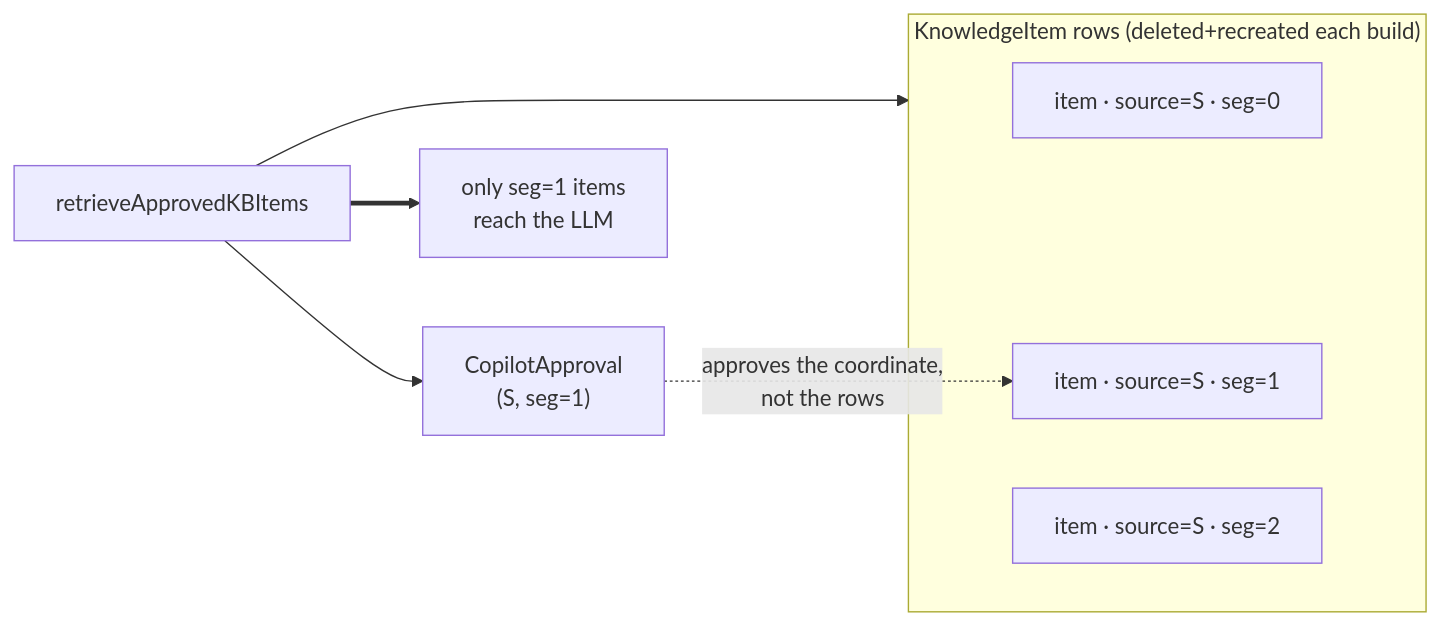
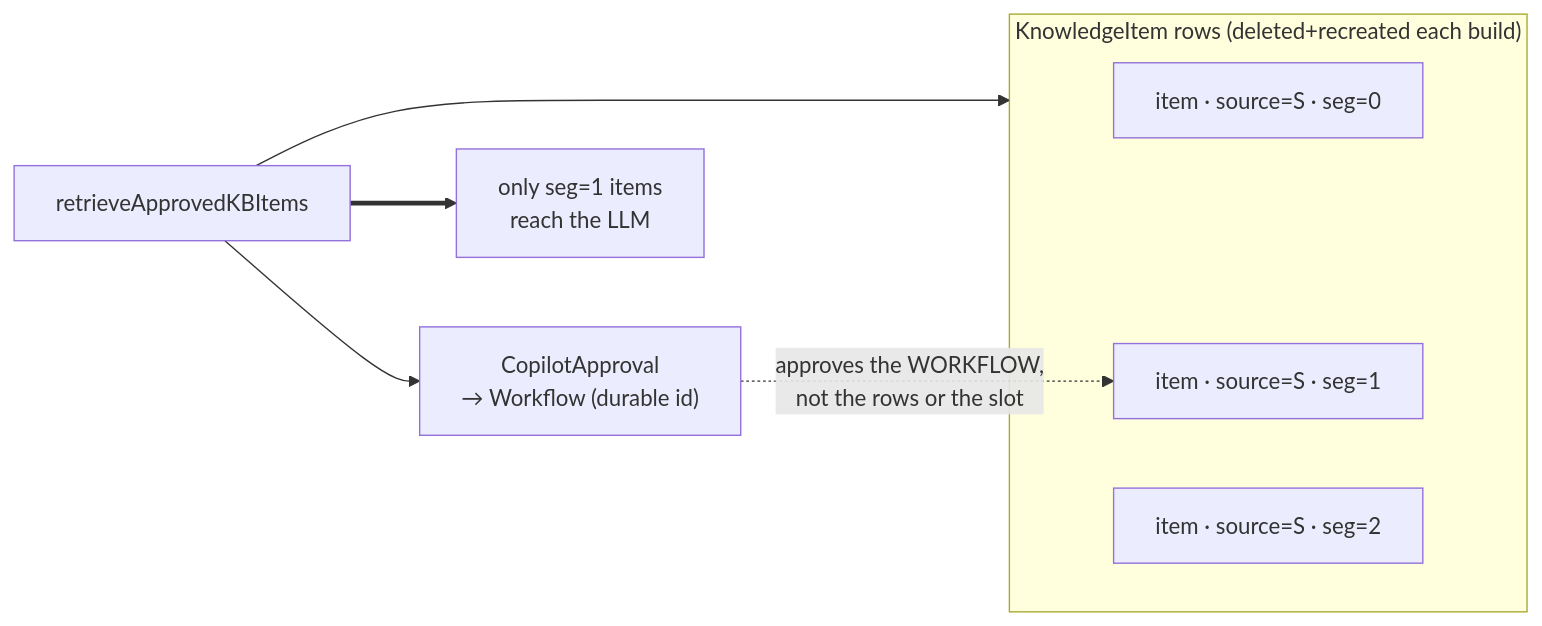
One commit to himanshu3553/flowbuddy changed the fifth of 5 diagrams in docs/internals/connections.md. Above: the diagram before and after it, drawn with Mermaid. The commit also changed other lines of this file and 50 other files, not shown here.

````diff
--- a/docs/internals/connections.md
+++ b/docs/internals/connections.md
@@ -296,12 +335,12 @@
 ```mermaid
 flowchart LR
     subgraph KB["KnowledgeItem rows (deleted+recreated each build)"]
         I1["item · source=S · seg=0"]
         I2["item · source=S · seg=1"]
         I3["item · source=S · seg=2"]
     end
-    AP["CopilotApproval<br/>(S, seg=1)"] -. "approves the coordinate,<br/>not the rows" .-> I2
+    AP["CopilotApproval<br/>→ Workflow (durable id)"] -. "approves the WORKFLOW,<br/>not the rows or the slot" .-> I2
     RET["retrieveApprovedKBItems"] --> AP
     RET --> KB
     RET ==> OUT["only seg=1 items<br/>reach the LLM"]
 ```
````
